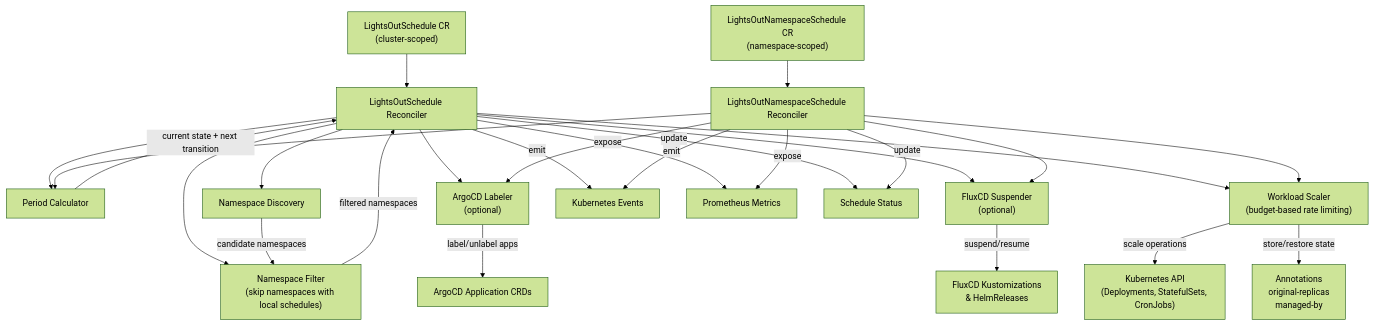
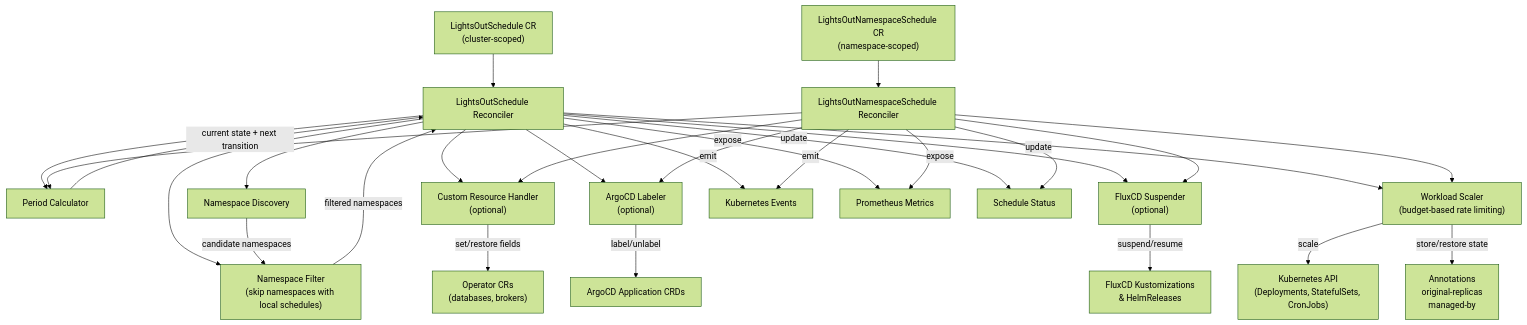
One commit to gjorgji-ts/lightsout changed the second of 2 diagrams in docs/architecture.md. Above: the diagram before and after it, drawn with Mermaid (forest theme). The commit also changed other lines of this file and 19 other files, not shown here.

````diff
--- a/docs/architecture.md
+++ b/docs/architecture.md
@@ -41,28 +39,31 @@
 ```mermaid
 flowchart TD
     CR["LightsOutSchedule CR<br/>(cluster-scoped)"] --> R["LightsOutSchedule Reconciler"]
     NSCR["LightsOutNamespaceSchedule CR<br/>(namespace-scoped)"] --> NSR["LightsOutNamespaceSchedule Reconciler"]
     R --> PC["Period Calculator"]
     R --> ND["Namespace Discovery"]
     R --> NF["Namespace Filter<br/>(skip namespaces with local schedules)"]
     PC -->|"current state + next transition"| R
     ND -->|"candidate namespaces"| NF
     NF -->|"filtered namespaces"| R
     NSR --> PC
+    R --> CRH["Custom Resource Handler<br/>(optional)"]
+    NSR --> CRH
     R --> AL["ArgoCD Labeler<br/>(optional)"]
     NSR --> AL
     R --> FL["FluxCD Suspender<br/>(optional)"]
     NSR --> FL
     R --> WS["Workload Scaler<br/>(budget-based rate limiting)"]
     NSR --> WS
-    AL -->|"label/unlabel apps"| ArgoCD["ArgoCD Application CRDs"]
+    CRH -->|"set/restore fields"| Ops["Operator CRs<br/>(databases, brokers)"]
+    AL -->|"label/unlabel"| ArgoCD["ArgoCD Application CRDs"]
     FL -->|"suspend/resume"| Flux["FluxCD Kustomizations<br/>& HelmReleases"]
-    WS -->|"scale operations"| K8s["Kubernetes API<br/>(Deployments, StatefulSets, CronJobs)"]
+    WS -->|"scale"| K8s["Kubernetes API<br/>(Deployments, StatefulSets, CronJobs)"]
     WS -->|"store/restore state"| Ann["Annotations<br/>original-replicas<br/>managed-by"]
     R -->|"emit"| Ev["Kubernetes Events"]
     NSR -->|"emit"| Ev
     R -->|"expose"| Met["Prometheus Metrics"]
     NSR -->|"expose"| Met
     R -->|"update"| Status["Schedule Status"]
     NSR -->|"update"| Status
 ```
````
